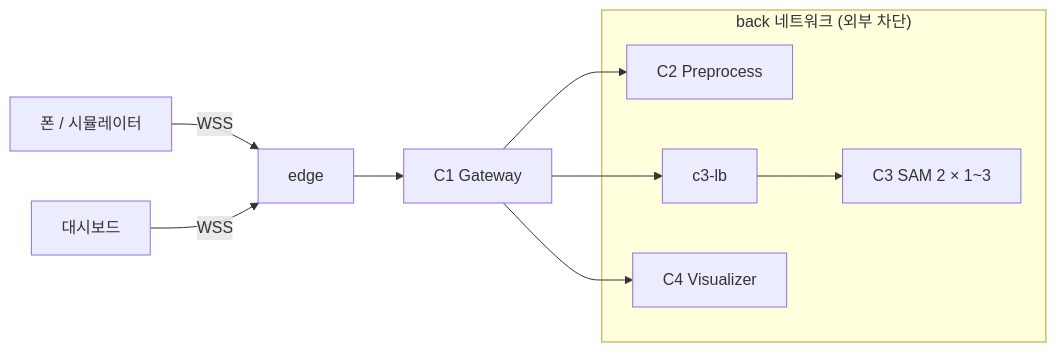
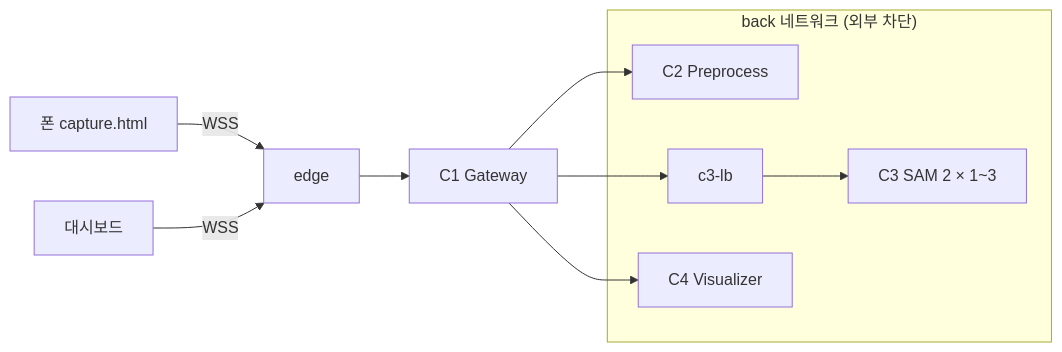
Before and after one commit to jeongwan-ryu/physical-ai-team: the first of 2 diagrams in pocketfactory/docs/design.md, drawn with Mermaid. The commit also changed other lines of this file, not shown here.

````diff
--- a/pocketfactory/docs/design.md
+++ b/pocketfactory/docs/design.md
@@ -20,15 +20,15 @@
 ```mermaid
 graph LR
-  phone[폰 / 시뮬레이터] -->|WSS| edge
+  phone[폰 capture.html] -->|WSS| edge
   dash[대시보드] -->|WSS| edge
   edge --> c1[C1 Gateway]
   subgraph back["back 네트워크 (외부 차단)"]
     c2[C2 Preprocess]
     lb[c3-lb]
     c3[C3 SAM 2 × 1~3]
     c4[C4 Visualizer]
   end
   c1 --> c2
   c1 --> lb --> c3
   c1 --> c4
 ```
````
